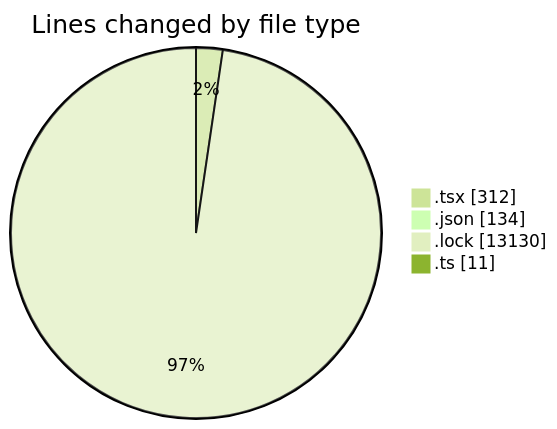
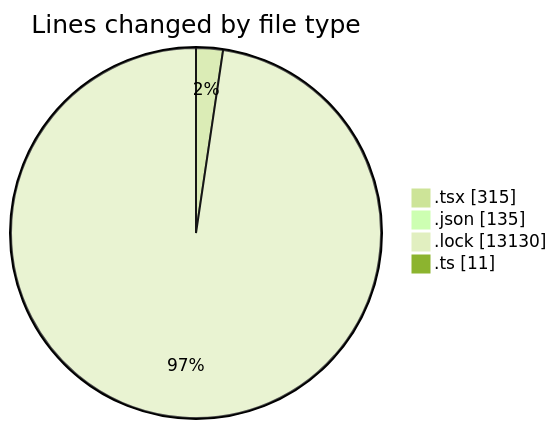
One commit to momahboobian/code-tracking changed the first of 2 diagrams in 2025-02-09/cda/README.md. Above: the diagram before and after it, drawn with Mermaid (forest theme). The commit also changed other lines of this file and 1 other file, not shown here.

````diff
--- a/2025-02-09/cda/README.md
+++ b/2025-02-09/cda/README.md
@@ -26,8 +26,8 @@
 ```mermaid
 pie showData
 title Lines changed by file type
-".tsx" : 312
-".json" : 134
+".tsx" : 315
+".json" : 135
 ".lock" : 13130
 ".ts" : 11
 ```
````
